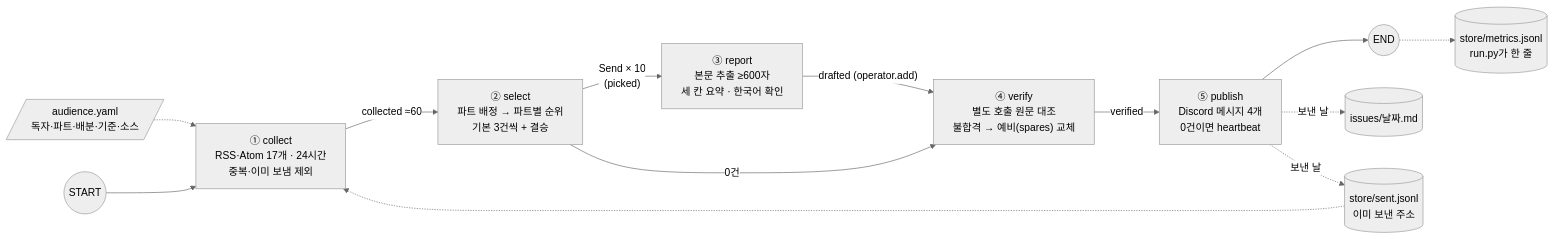
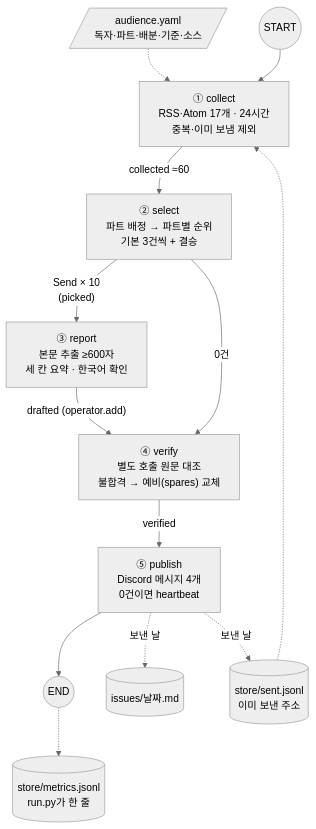
The first of 2 diagrams in REPORT.md (Lightnine999/my-newsletter-agent), drawn with Mermaid (neutral theme) before and after one commit.

Commit message:
docs: 구조도를 위에서 아래로 읽히게

````diff
--- a/REPORT.md
+++ b/REPORT.md
@@ -144,17 +144,17 @@
 ```mermaid
-flowchart LR
+flowchart TD
     CFG[/"audience.yaml<br/>독자·파트·배분·기준·소스"/] -.-> collect
     SENT[("store/sent.jsonl<br/>이미 보낸 주소")] -.-> collect
 
     START((START)) --> collect["① collect<br/>RSS·Atom 17개 · 24시간<br/>중복·이미 보냄 제외"]
     collect -->|collected ≈60| select["② select<br/>파트 배정 → 파트별 순위<br/>기본 3건씩 + 결승"]
     select -->|"Send × 10<br/>(picked)"| report["③ report<br/>본문 추출 ≥600자<br/>세 칸 요약 · 한국어 확인"]
     select -->|0건| verify
     report -->|"drafted (operator.add)"| verify["④ verify<br/>별도 호출 원문 대조<br/>불합격 → 예비(spares) 교체"]
     verify -->|verified| publish["⑤ publish<br/>Discord 메시지 4개<br/>0건이면 heartbeat"]
     publish --> END((END))
 
     publish -.->|보낸 날| ISSUES[("issues/날짜.md")]
     publish -.->|보낸 날| SENT
     END -.-> METRICS[("store/metrics.jsonl<br/>run.py가 한 줄")]
 ```
````
